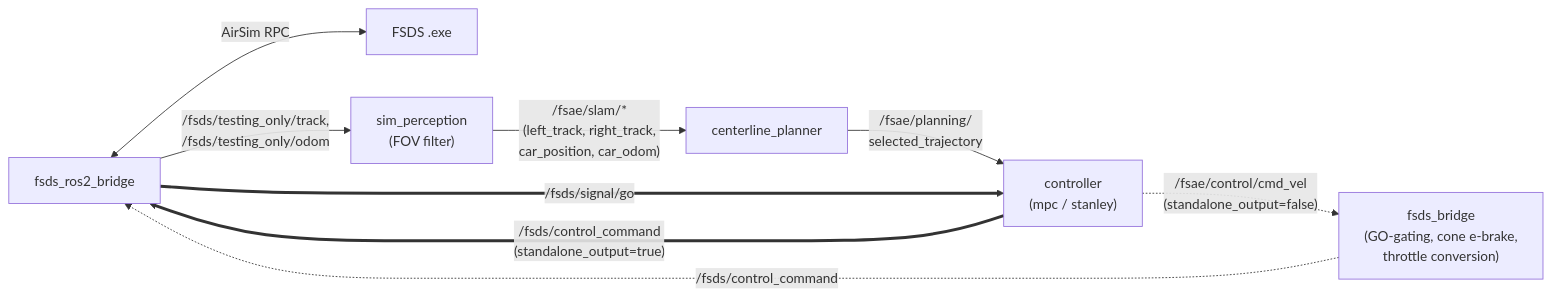
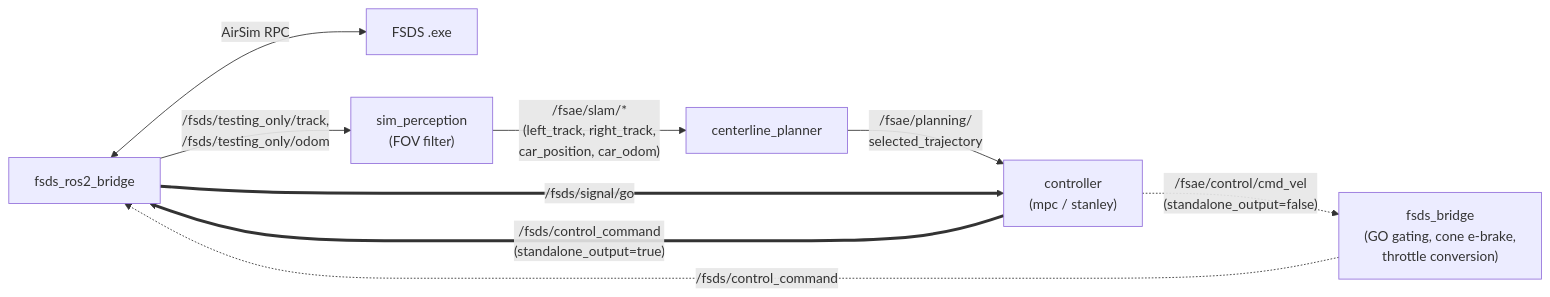
One commit to Martin-Jin/fsae_MPCTest changed the second of 2 diagrams in docs/fsds/ros_integration.md. Above: the diagram before and after it, drawn with Mermaid. The commit also changed other lines of this file and 30 other files, not shown here.

````diff
--- a/docs/fsds/ros_integration.md
+++ b/docs/fsds/ros_integration.md
@@ -24,18 +31,18 @@
 ```mermaid
 flowchart LR
     BRIDGE["fsds_ros2_bridge"]
     SIMEXE["FSDS .exe"]
     PERC["sim_perception<br/>(FOV filter)"]
     PLANNER["centerline_planner"]
     CTRL["controller<br/>(mpc / stanley)"]
-    FBRIDGE["fsds_bridge<br/>(GO-gating, cone e-brake,<br/>throttle conversion)"]
+    FBRIDGE["fsds_bridge<br/>(GO gating, cone e-brake,<br/>throttle conversion)"]
 
     BRIDGE <-->|"AirSim RPC"| SIMEXE
     BRIDGE -->|"/fsds/testing_only/track,<br/>/fsds/testing_only/odom"| PERC
     PERC -->|"/fsae/slam/*<br/>(left_track, right_track,<br/>car_position, car_odom)"| PLANNER
     PLANNER -->|"/fsae/planning/<br/>selected_trajectory"| CTRL
     BRIDGE ==>|"/fsds/signal/go"| CTRL
     CTRL ==>|"/fsds/control_command<br/>(standalone_output=true)"| BRIDGE
     CTRL -.->|"/fsae/control/cmd_vel<br/>(standalone_output=false)"| FBRIDGE
     FBRIDGE -.->|"/fsds/control_command"| BRIDGE
 ```
````
